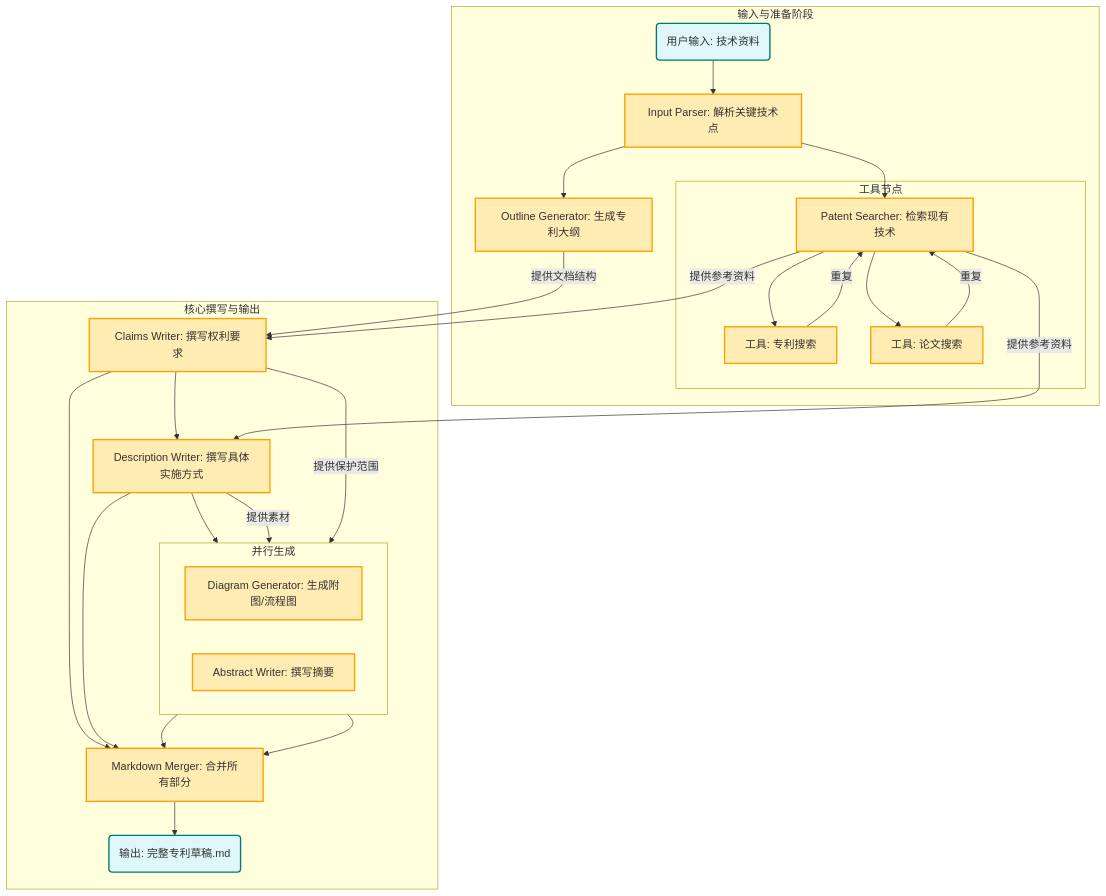
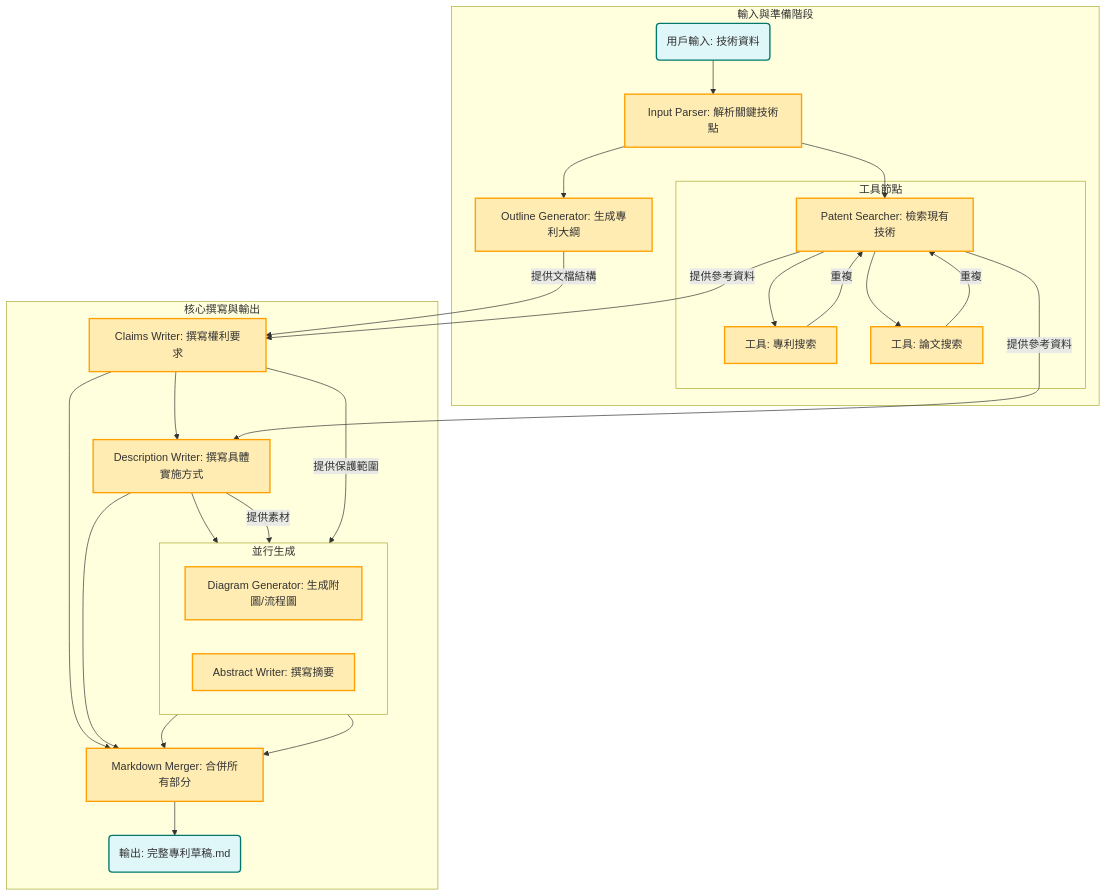
One commit to Raw1mage/PatentDrafter changed the diagram in README.md. Above: the diagram before and after it, drawn with Mermaid. The commit also changed other lines of this file, not shown here.

Commit message:
專利撰寫智慧體專案主要說明文件

````diff
--- a/README.md
+++ b/README.md
@@ -27,59 +27,59 @@
 ```mermaid
 graph TD
-    subgraph "输入与准备阶段"
-        A(用户输入: 技术资料) --> B[Input Parser: 解析关键技术点];
-        B --> C[Patent Searcher: 检索现有技术];
-        subgraph "工具节点"
-            %% --- 增加的工具节点 ---
-            C --> C1[工具: 专利搜索]
-            C --> C2[工具: 论文搜索]
-            %% --- 结束 ---
+    subgraph "輸入與準備階段"
+        A(用戶輸入: 技術資料) --> B[Input Parser: 解析關鍵技術點];
+        B --> C[Patent Searcher: 檢索現有技術];
+        subgraph "工具節點"
+            %% --- 增加的工具節點 ---
+            C --> C1[工具: 專利搜索]
+            C --> C2[工具: 論文搜索]
+            %% --- 結束 ---
         end
-        B --> D[Outline Generator: 生成专利大纲];
+        B --> D[Outline Generator: 生成專利大綱];
         
-        %% --- 增加循环 ---
-        C1 -- "重复" --> C;
-        C2 -- "重复" --> C;
+        %% --- 增加循環 ---
+        C1 -- "重複" --> C;
+        C2 -- "重複" --> C;
     end
 
-    subgraph "核心撰写与输出"
-        E[Claims Writer: 撰写权利要求]
-        F[Description Writer: 撰写具体实施方式]
+    subgraph "核心撰寫與輸出"
+        E[Claims Writer: 撰寫權利要求]
+        F[Description Writer: 撰寫具體實施方式]
         
-        subgraph "并行生成"
+        subgraph "並行生成"
             direction LR
-            G[Diagram Generator: 生成附图/流程图]
-            H[Abstract Writer: 撰写摘要]
+            G[Diagram Generator: 生成附圖/流程圖]
+            H[Abstract Writer: 撰寫摘要]
         end
 
-        I[Markdown Merger: 合并所有部分]
-        J(输出: 完整专利草稿.md)
+        I[Markdown Merger: 合併所有部分]
+        J(輸出: 完整專利草稿.md)
 
-        %% --- 内部流向 ---
+        %% --- 內部流向 ---
         E --> F
         F --> G
         F -- "提供素材" --> H
-        E -- "提供保护范围" --> H
+        E -- "提供保護範圍" --> H
         
-        %% --- 汇合 ---
+        %% --- 匯合 ---
         E --> I
         F --> I
         G --> I
         H --> I
         
         I --> J
     end
 
-    %% --- 跨子图链接 ---
-    C -- "提供参考资料" --> E;
-    D -- "提供文档结构" --> E;
-    C -- "提供参考资料" --> F;
+    %% --- 跨子圖鏈接 ---
+    C -- "提供參考資料" --> E;
+    D -- "提供文檔結構" --> E;
+    C -- "提供參考資料" --> F;
 
-    %% 样式
+    %% 樣式
     classDef default fill:#f9f9f9,stroke:#333,stroke-width:2px;
     classDef input fill:#E0F7FA,stroke:#00796B;
     classDef output fill:#FFECB3,stroke:#FFA000;
     
     class A,J input;
     class B,C,D,E,F,G,H,I,C1,C2 output;
 ```
````
